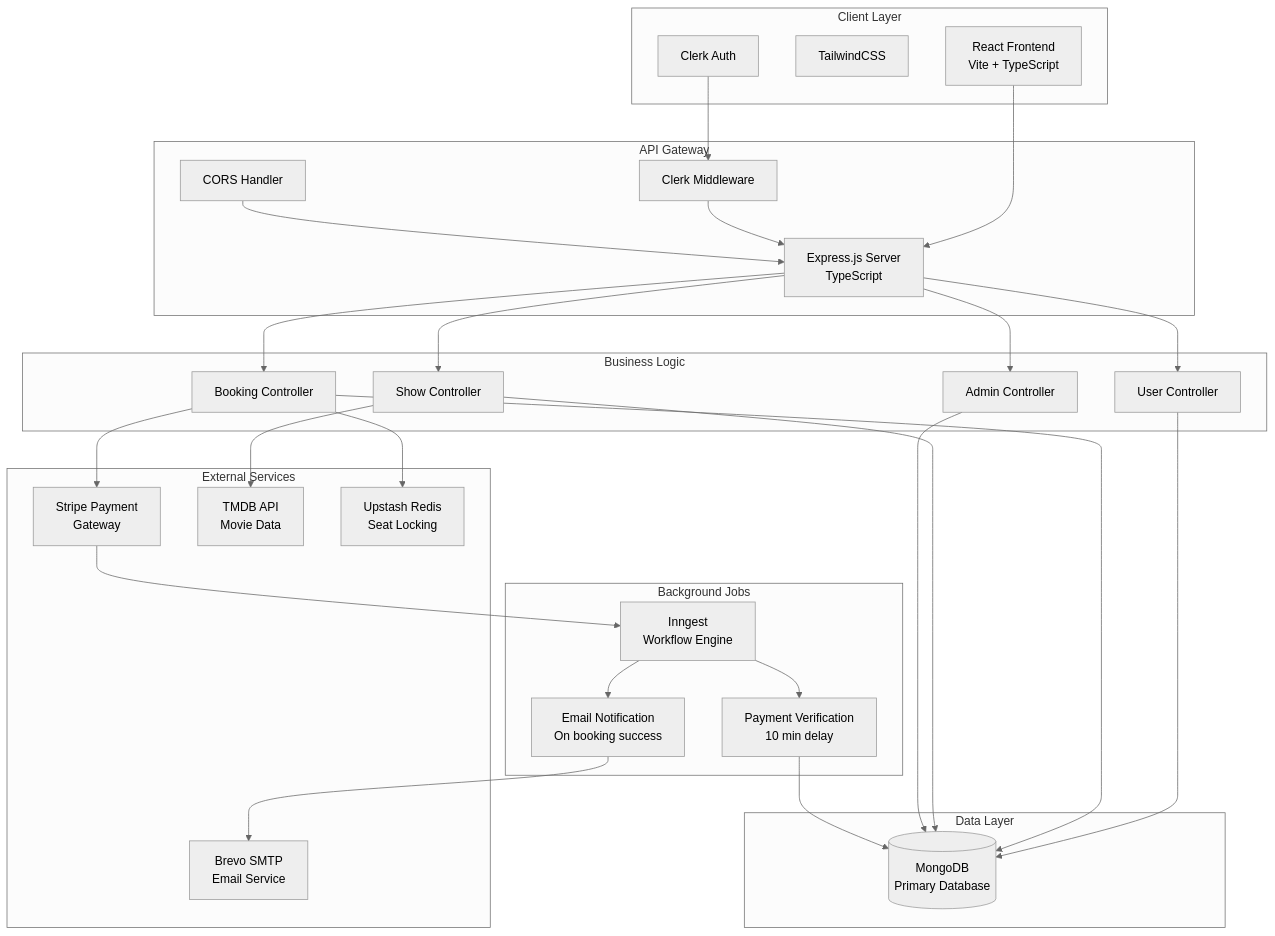
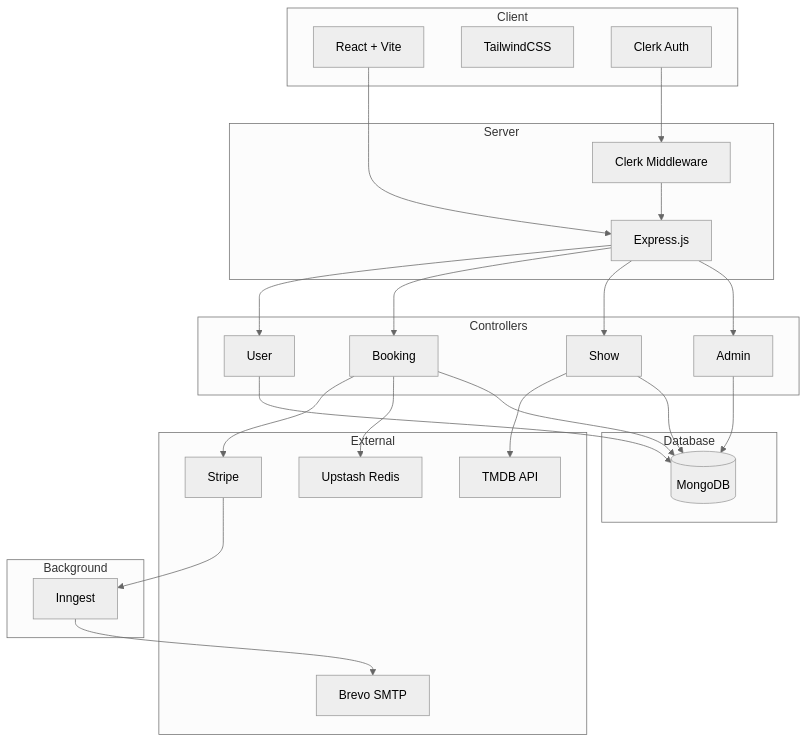
The first of 3 diagrams in README.md (VIKRAMANR7/BookMyShow), drawn with Mermaid (neutral theme) before and after one commit. The commit also changed other lines of this file and 41 other files, not shown here.

Commit message:
refactor: apply TypeScript best practices and update documentation

````diff
--- a/README.md
+++ b/README.md
@@ -53,62 +30,52 @@
 ```mermaid
 graph TB
-    subgraph "Client Layer"
-        A[React Frontend<br/>Vite + TypeScript]
+    subgraph Client
+        A[React + Vite]
         B[TailwindCSS]
         C[Clerk Auth]
     end
 
-    subgraph "API Gateway"
-        D[Express.js Server<br/>TypeScript]
+    subgraph Server
+        D[Express.js]
         E[Clerk Middleware]
-        F[CORS Handler]
     end
 
-    subgraph "Business Logic"
-        G[User Controller]
-        H[Booking Controller]
-        I[Show Controller]
-        J[Admin Controller]
+    subgraph Controllers
+        F[User]
+        G[Booking]
+        H[Show]
+        I[Admin]
     end
 
-    subgraph "External Services"
-        K[Stripe Payment<br/>Gateway]
-        L[TMDB API<br/>Movie Data]
-        M[Brevo SMTP<br/>Email Service]
-        N[Upstash Redis<br/>Seat Locking]
+    subgraph External
+        J[Stripe]
+        K[TMDB API]
+        L[Brevo SMTP]
+        M[Upstash Redis]
     end
 
-    subgraph "Background Jobs"
-        O[Inngest<br/>Workflow Engine]
-        P[Payment Verification<br/>10 min delay]
-        Q[Email Notification<br/>On booking success]
+    subgraph Background
+        N[Inngest]
     end
 
-    subgraph "Data Layer"
-        R[(MongoDB<br/>Primary Database)]
+    subgraph Database
+        O[(MongoDB)]
     end
 
     A --> D
     C --> E
     E --> D
-    F --> D
-
+    D --> F
     D --> G
     D --> H
     D --> I
-    D --> J
-
+    G --> J
     H --> K
-    I --> L
-    G --> R
-    H --> R
-    I --> R
-    J --> R
-
-    H --> N
-    K --> O
-    O --> P
-    O --> Q
-    Q --> M
-    P --> R
+    G --> M
+    J --> N
+    N --> L
+    F --> O
+    G --> O
+    H --> O
+    I --> O
 ```
````
